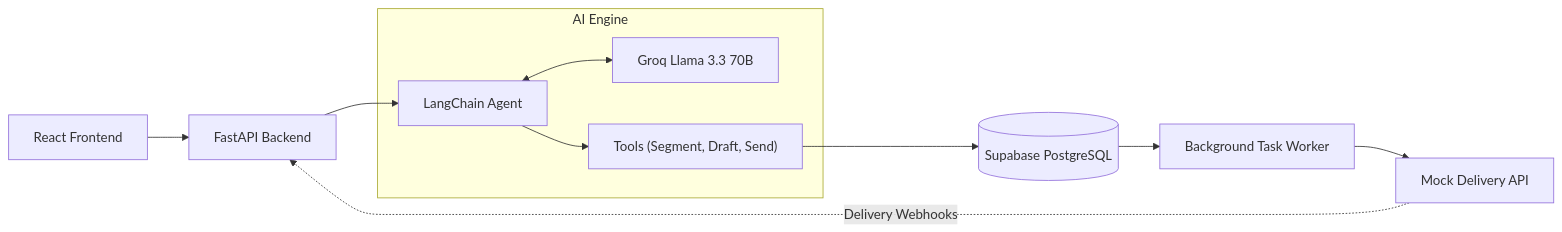
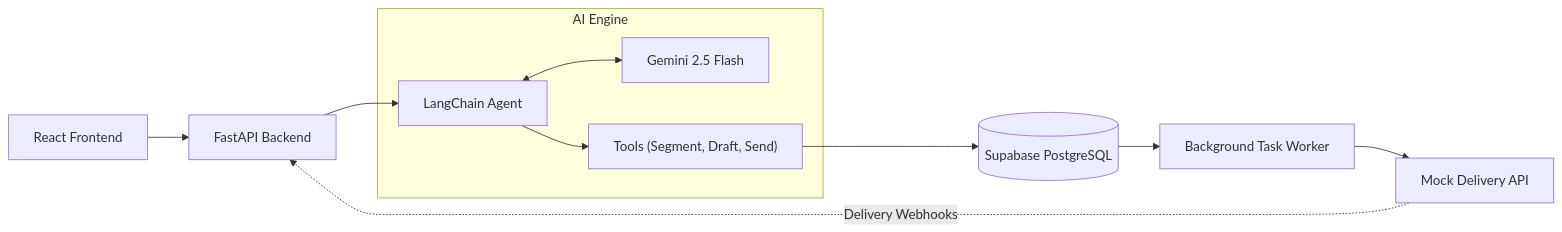
Before and after one commit to Harikaaa-20/XENO-CRM: the diagram in README.md, drawn with Mermaid. The commit also changed other lines of this file, not shown here.

Commit message:
docs: Update README with Gemini 2.5 and deep AI filtering capabilities

````diff
--- a/README.md
+++ b/README.md
@@ -36,16 +38,16 @@
 ```mermaid
 flowchart LR
     UI["React Frontend"] --> Router["FastAPI Backend"]
     
     subgraph AI Engine
-        Agent["LangChain Agent"] <--> LLM["Groq Llama 3.3 70B"]
+        Agent["LangChain Agent"] <--> LLM["Gemini 2.5 Flash"]
         Agent --> Tools["Tools (Segment, Draft, Send)"]
     end
     
     Router --> Agent
     Tools --> DB[("Supabase PostgreSQL")]
     
     DB --> Worker["Background Task Worker"]
     Worker --> ChannelService["Mock Delivery API"]
     ChannelService -.->|"Delivery Webhooks"| Router
 ```
````
